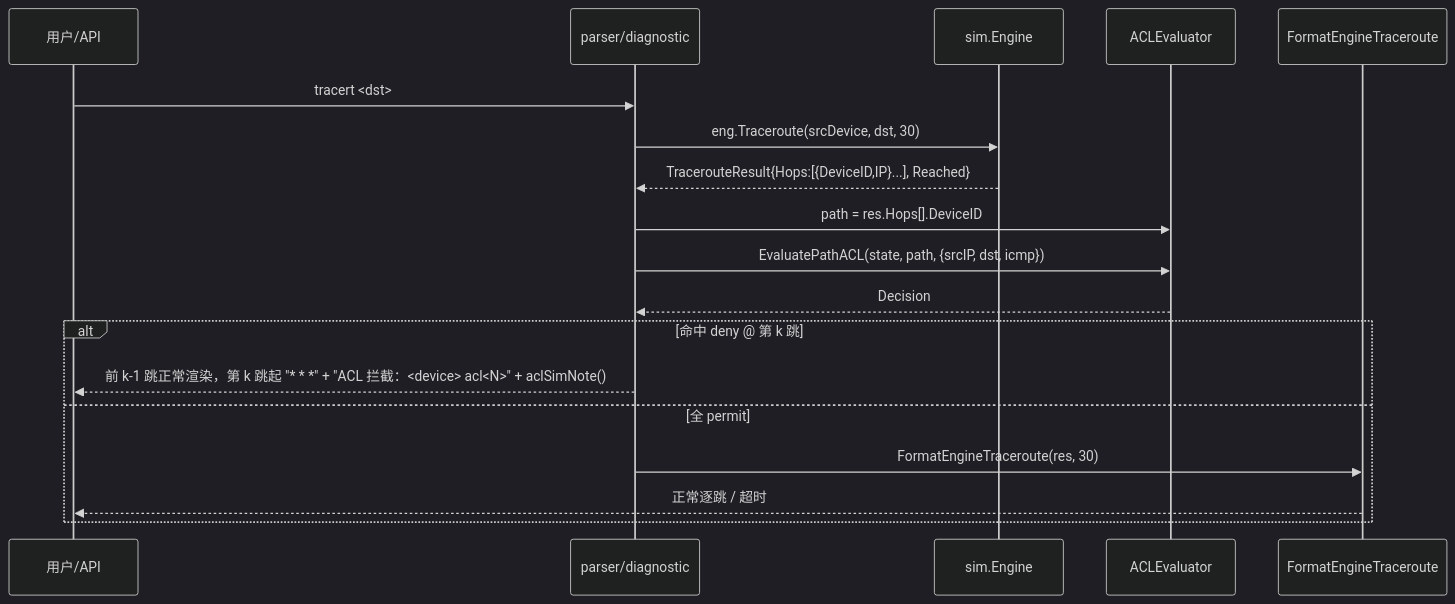
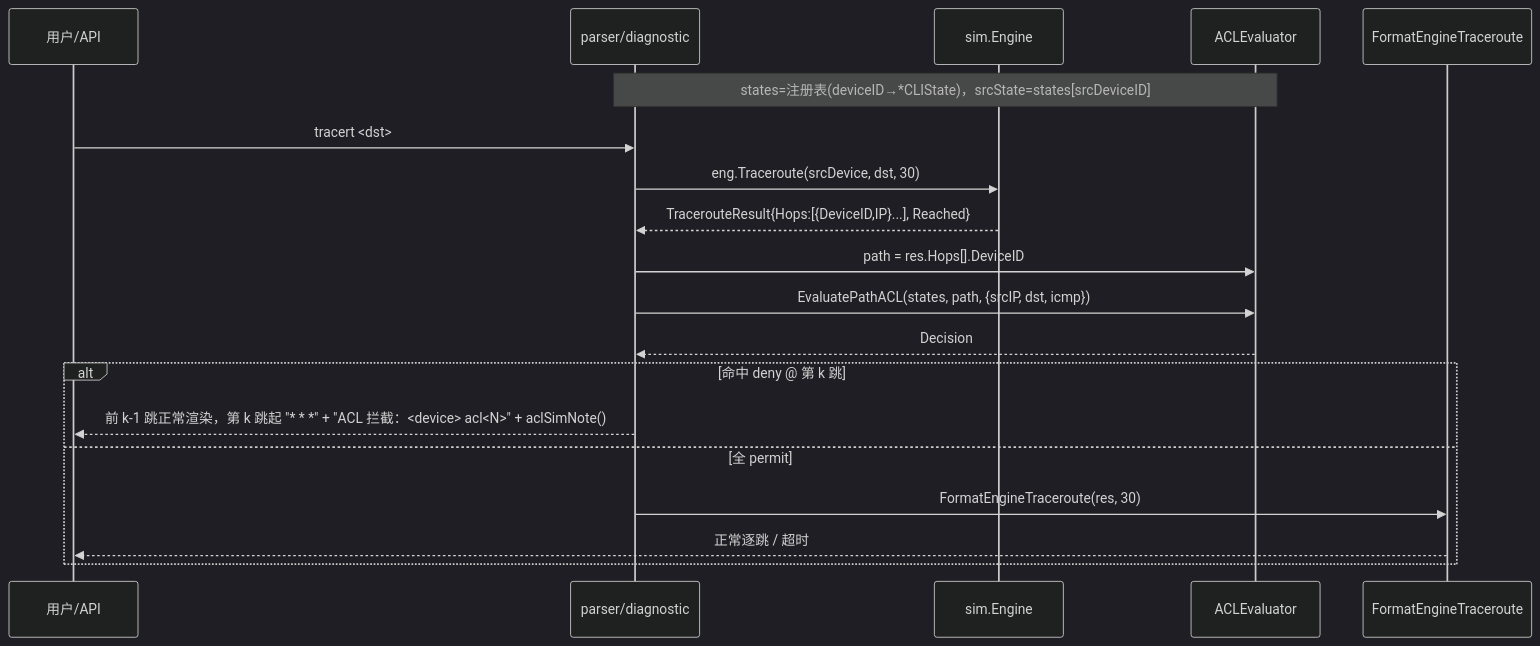
The third of 4 diagrams in docs/p1c-firewall-design.md (linhao616/ensp-lab), drawn with Mermaid (dark theme) before and after one commit. The commit also changed other lines of this file, not shown here.

First line of the commit message:
docs: 同步 P1-C 防火墙设计文档签名至 CLIState 注册表版本

````diff
--- a/docs/p1c-firewall-design.md
+++ b/docs/p1c-firewall-design.md
@@ -235,20 +244,21 @@
 ```mermaid
 sequenceDiagram
     participant U as 用户/API
     participant P as parser/diagnostic
     participant E as sim.Engine
     participant A as ACLEvaluator
     participant R as FormatEngineTraceroute
+    Note over P,A: states=注册表(deviceID→*CLIState)，srcState=states[srcDeviceID]
     U->>P: tracert <dst>
     P->>E: eng.Traceroute(srcDevice, dst, 30)
     E-->>P: TracerouteResult{Hops:[{DeviceID,IP}...], Reached}
     P->>A: path = res.Hops[].DeviceID
-    P->>A: EvaluatePathACL(state, path, {srcIP, dst, icmp})
+    P->>A: EvaluatePathACL(states, path, {srcIP, dst, icmp})
     A-->>P: Decision
     alt 命中 deny @ 第 k 跳
         P-->>U: 前 k-1 跳正常渲染，第 k 跳起 "* * *" + "ACL 拦截：<device> acl<N>" + aclSimNote()
     else 全 permit
         P->>R: FormatEngineTraceroute(res, 30)
         R-->>U: 正常逐跳 / 超时
     end
 ```
````
